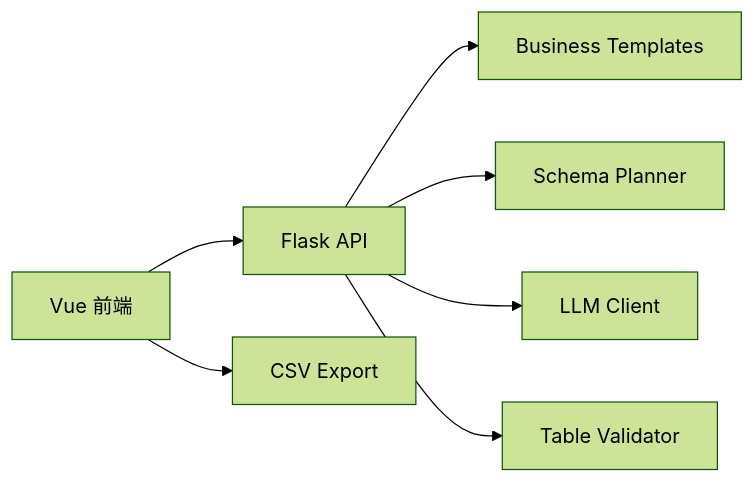
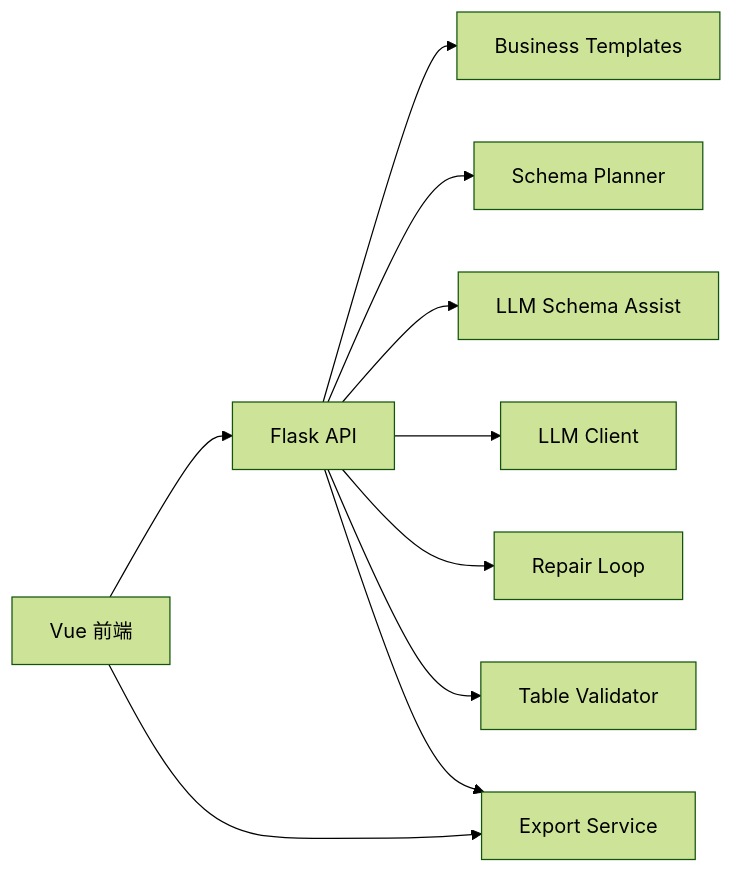
One commit to xhuandy666/LLM changed the second of 2 diagrams in README.md. Above: the diagram before and after it, drawn with Mermaid (forest theme). The commit also changed other lines of this file and 16 other files, not shown here.

````diff
--- a/README.md
+++ b/README.md
@@ -71,9 +67,12 @@
 ```mermaid
 flowchart LR
     FE["Vue 前端"] --> API["Flask API"]
     API --> TPL["Business Templates"]
     API --> PLAN["Schema Planner"]
+    API --> ASSIST["LLM Schema Assist"]
     API --> LLM["LLM Client"]
+    API --> REPAIR["Repair Loop"]
     API --> VAL["Table Validator"]
-    FE --> EXP["CSV Export"]
+    API --> EXP["Export Service"]
+    FE --> EXP
 ```
````
